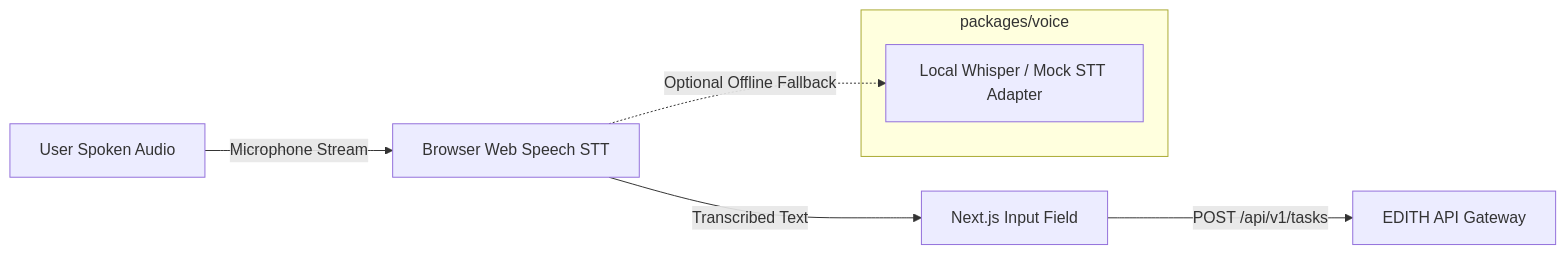
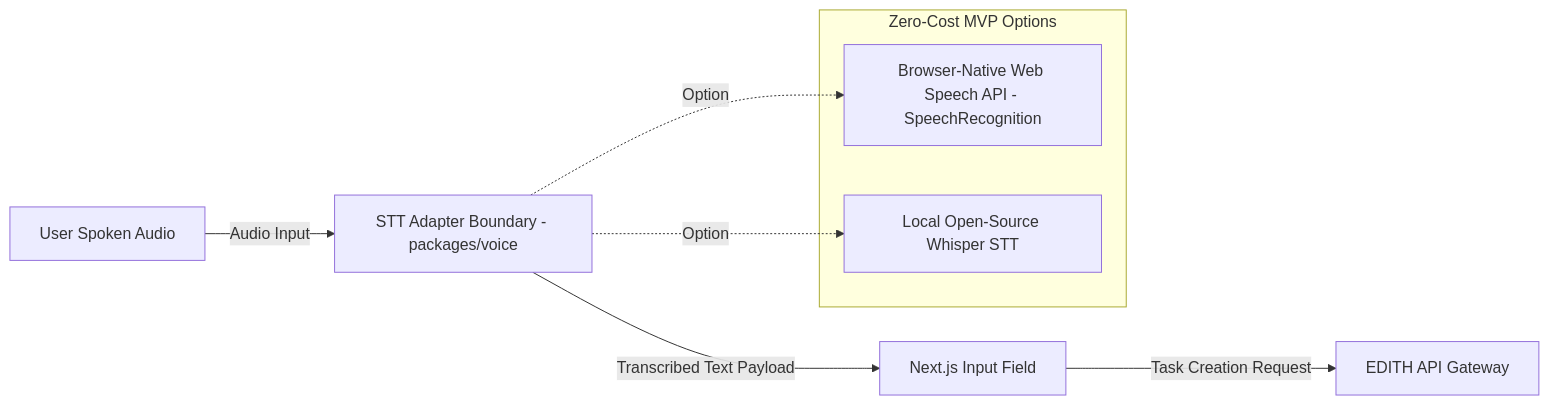
One commit to Prempujara/edith changed the first of 2 diagrams in docs/architecture/voice-architecture.md. Above: the diagram before and after it, drawn with Mermaid. The commit also changed other lines of this file and 19 other files, not shown here.

Commit message:
docs: refine EDITH-001 architecture contracts and boundaries

````diff
--- a/docs/architecture/voice-architecture.md
+++ b/docs/architecture/voice-architecture.md
@@ -19,11 +19,13 @@
 ```mermaid
 graph LR
-    SpokenAudio[User Spoken Audio] -->|Microphone Stream| BrowserSTT[Browser Web Speech STT]
-    BrowserSTT -->|Transcribed Text| UIForm[Next.js Input Field]
-    UIForm -->|POST /api/v1/tasks| Backend[EDITH API Gateway]
+    SpokenAudio[User Spoken Audio] -->|Audio Input| STTAdapter[STT Adapter Boundary - packages/voice]
+    STTAdapter -->|Transcribed Text Payload| UIForm[Next.js Input Field]
+    UIForm -->|Task Creation Request| Backend[EDITH API Gateway]
 
-    subgraph Fallback Adapter Interface [packages/voice]
-        MockSTT[Local Whisper / Mock STT Adapter]
+    subgraph Implementation Options [Zero-Cost MVP Options]
+        BrowserSTT[Browser-Native Web Speech API - SpeechRecognition]
+        LocalWhisper[Local Open-Source Whisper STT]
     end
-    BrowserSTT -.->|Optional Offline Fallback| MockSTT
+    STTAdapter -.->|Option| BrowserSTT
+    STTAdapter -.->|Option| LocalWhisper
 ```
````
